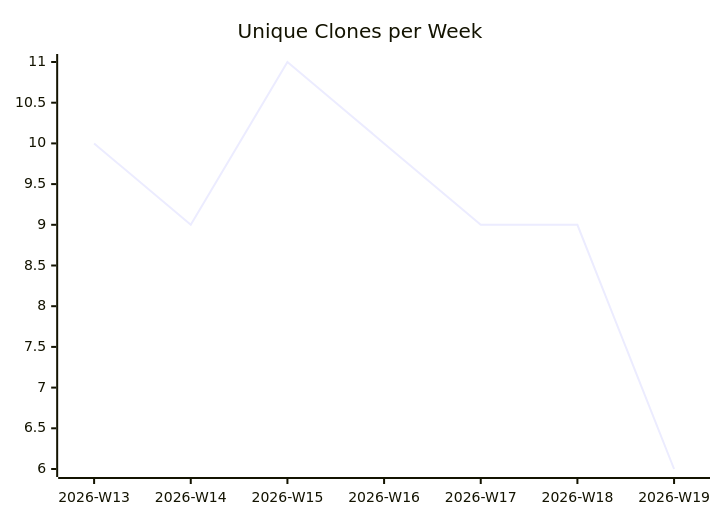
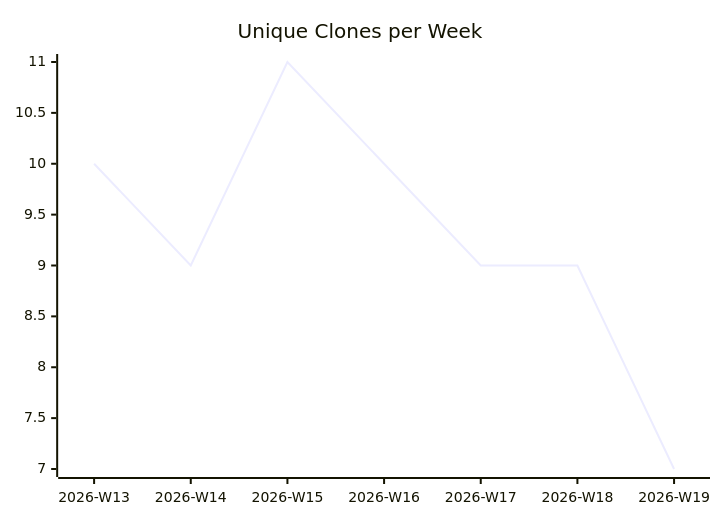
Before and after one commit to justdavis-family/github-analytics-data: the third of 3 diagrams in karlmdavis/usgs-water-api-java/README.md, drawn with Mermaid. The commit also changed other lines of this file and 185 other files, not shown here.

````diff
--- a/karlmdavis/usgs-water-api-java/README.md
+++ b/karlmdavis/usgs-water-api-java/README.md
@@ -19,6 +19,6 @@
 ```mermaid
 xychart-beta
   title "Unique Clones per Week"
   x-axis ["2026-W13", "2026-W14", "2026-W15", "2026-W16", "2026-W17", "2026-W18", "2026-W19"]
-  line [10, 9, 11, 10, 9, 9, 6]
+  line [10, 9, 11, 10, 9, 9, 7]
 ```
````
